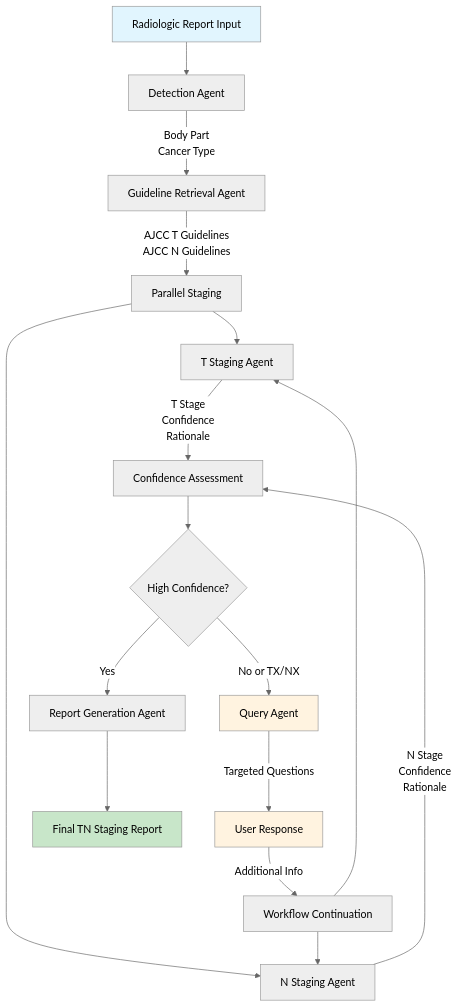
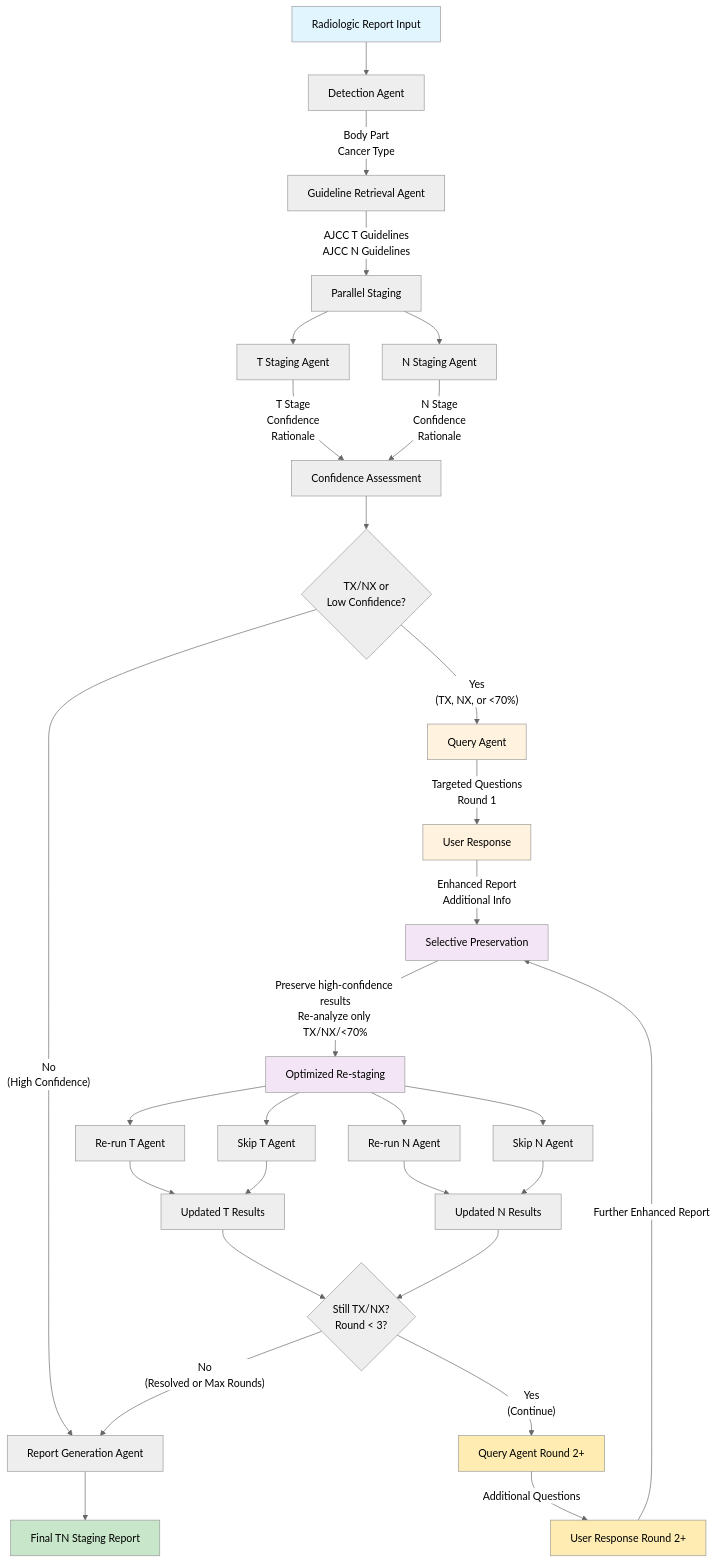
One commit to znee/tn_staging_agentic changed the first of 3 diagrams in ARCHITECTURE.md. Above: the diagram before and after it, drawn with Mermaid (neutral theme). The commit also changed other lines of this file and 1 other file, not shown here.

Commit message:
docs: Fix ARCHITECTURE.md Mermaid diagrams for multi-round workflow
- Updated complete workflow diagram to show selective preservation and multi-round Q&A
- Simplified workflow flow diagram with better abstraction
- Removed duplicate structured outputs documentation
- Diagrams now accurately represent the current multi-round system architecture

🤖 Generated with [Claude Code](https://claude.ai/code)

````diff
--- a/ARCHITECTURE.md
+++ b/ARCHITECTURE.md
@@ -6,28 +6,51 @@
 ```mermaid
 graph TD
     A[Radiologic Report Input] --> B[Detection Agent]
     B --> |"Body Part<br/>Cancer Type"| C[Guideline Retrieval Agent]
     C --> |"AJCC T Guidelines<br/>AJCC N Guidelines"| D[Parallel Staging]
     
     D --> E[T Staging Agent]
     D --> F[N Staging Agent]
     
     E --> |"T Stage<br/>Confidence<br/>Rationale"| G[Confidence Assessment]
     F --> |"N Stage<br/>Confidence<br/>Rationale"| G
     
-    G --> H{High Confidence?}
-    H --> |Yes| I[Report Generation Agent]
-    H --> |No or TX/NX| J[Query Agent]
+    G --> H{TX/NX or<br/>Low Confidence?}
+    H --> |"No<br/>(High Confidence)"| I[Report Generation Agent]
+    H --> |"Yes<br/>(TX, NX, or <70%)"| J[Query Agent]
     
-    J --> |"Targeted Questions"| K[User Response]
-    K --> |"Additional Info"| L[Workflow Continuation]
-    L --> E
-    L --> F
+    J --> |"Targeted Questions<br/>Round 1"| K[User Response]
+    K --> |"Enhanced Report<br/>Additional Info"| L[Selective Preservation]
     
-    I --> M[Final TN Staging Report]
+    L --> |"Preserve high-confidence results<br/>Re-analyze only TX/NX/<70%"| M[Optimized Re-staging]
+    
+    M --> N[Re-run T Agent]
+    M --> O[Re-run N Agent]
+    M --> P[Skip T Agent]
+    M --> Q[Skip N Agent]
+    
+    N --> R[Updated T Results]
+    O --> S[Updated N Results]
+    P --> R
+    Q --> S
+    
+    R --> T{Still TX/NX?<br/>Round < 3?}
+    S --> T
+    
+    T --> |"Yes<br/>(Continue)"| U[Query Agent Round 2+]
+    T --> |"No<br/>(Resolved or Max Rounds)"| I
+    
+    U --> |"Additional Questions"| V[User Response Round 2+]
+    V --> |"Further Enhanced Report"| L
+    
+    I --> W[Final TN Staging Report]
     
     style A fill:#e1f5fe
-    style M fill:#c8e6c9
+    style W fill:#c8e6c9
     style J fill:#fff3e0
     style K fill:#fff3e0
+    style U fill:#ffecb3
+    style V fill:#ffecb3
+    style L fill:#f3e5f5
+    style M fill:#f3e5f5
 ```
````
